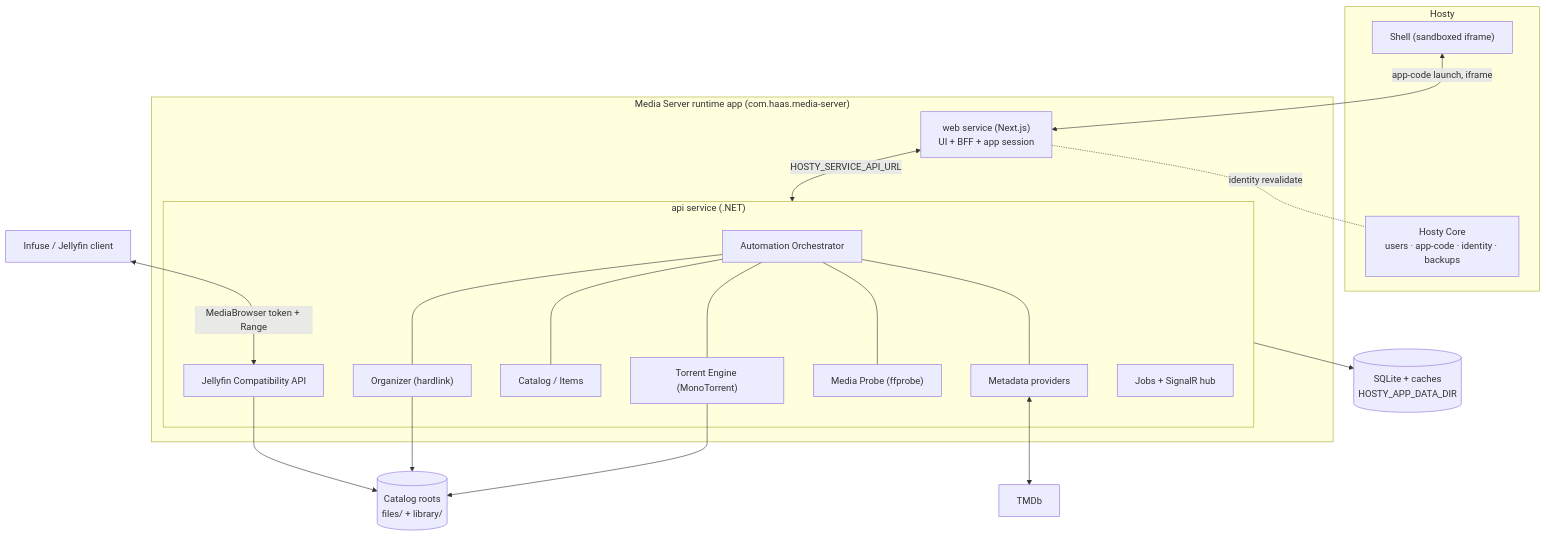
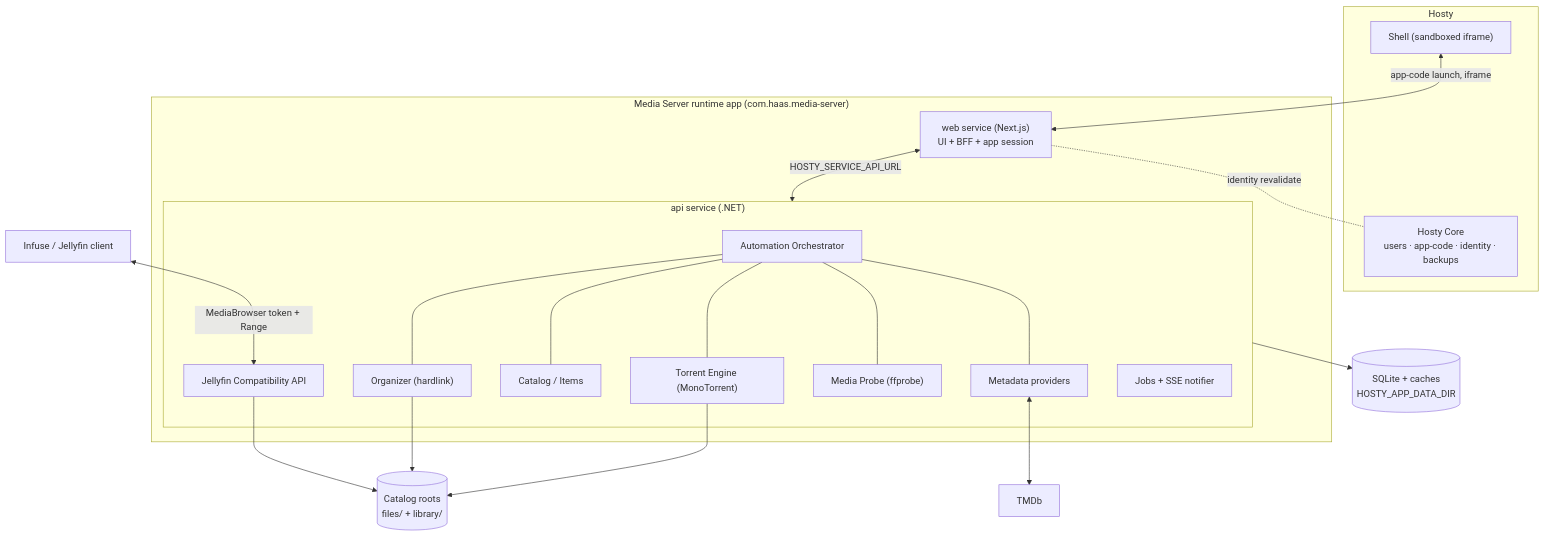
One commit to alex-de-haas/media-server changed the second of 2 diagrams in docs/root.md. Above: the diagram before and after it, drawn with Mermaid. The commit also changed other lines of this file and 41 other files, not shown here.

````diff
--- a/docs/root.md
+++ b/docs/root.md
@@ -44,35 +44,35 @@
 ```mermaid
 flowchart TB
   subgraph Hosty
     CORE["Hosty Core<br/>users · app-code · identity · backups"]
     SHELL["Shell (sandboxed iframe)"]
   end
   subgraph App["Media Server runtime app (com.haas.media-server)"]
     WEB["web service (Next.js)<br/>UI + BFF + app session"]
     subgraph API["api service (.NET)"]
       ORCH["Automation Orchestrator"]
       TOR["Torrent Engine (MonoTorrent)"]
       ORG["Organizer (hardlink)"]
       CAT["Catalog / Items"]
       META["Metadata providers"]
       PROBE["Media Probe (ffprobe)"]
       JELLY["Jellyfin Compatibility API"]
-      JOBS["Jobs + SignalR hub"]
+      JOBS["Jobs + SSE notifier"]
     end
   end
   INFUSE["Infuse / Jellyfin client"]
   TMDB["TMDb"]
   DB[("SQLite + caches<br/>HOSTY_APP_DATA_DIR")]
   CATFS[("Catalog roots<br/>files/ + library/")]
 
   SHELL <-->|app-code launch, iframe| WEB
   WEB <-->|HOSTY_SERVICE_API_URL| API
   WEB -.identity revalidate.- CORE
   INFUSE <-->|MediaBrowser token + Range| JELLY
   META <--> TMDB
   ORCH --- TOR & ORG & META & PROBE & CAT
   API --> DB
   TOR --> CATFS
   ORG --> CATFS
   JELLY --> CATFS
 ```
````
